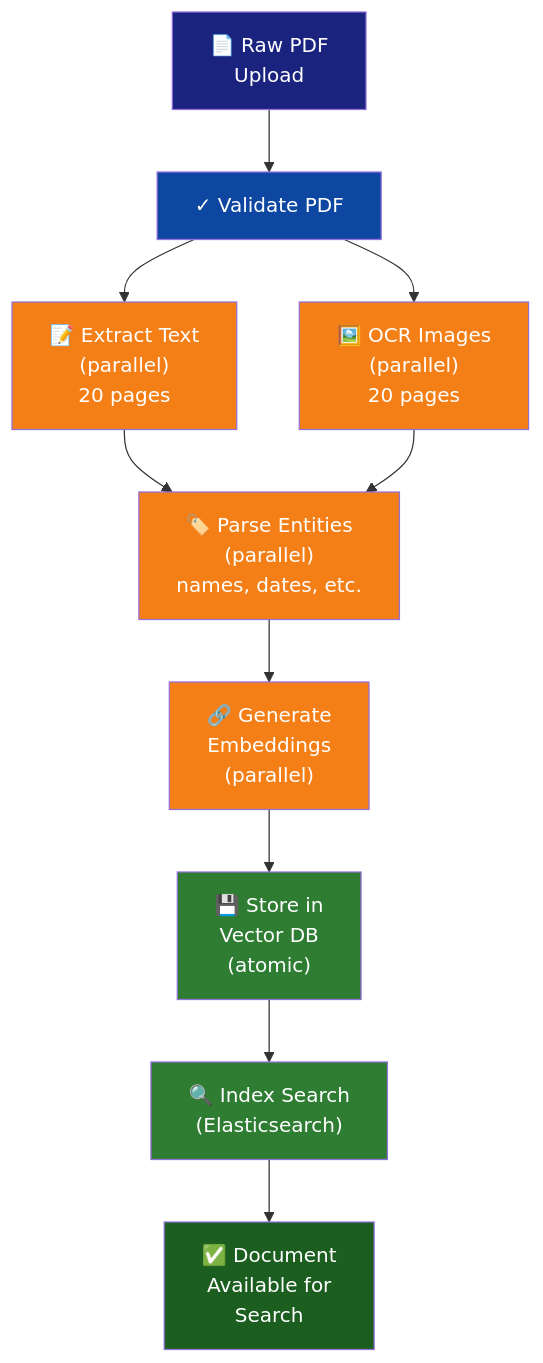
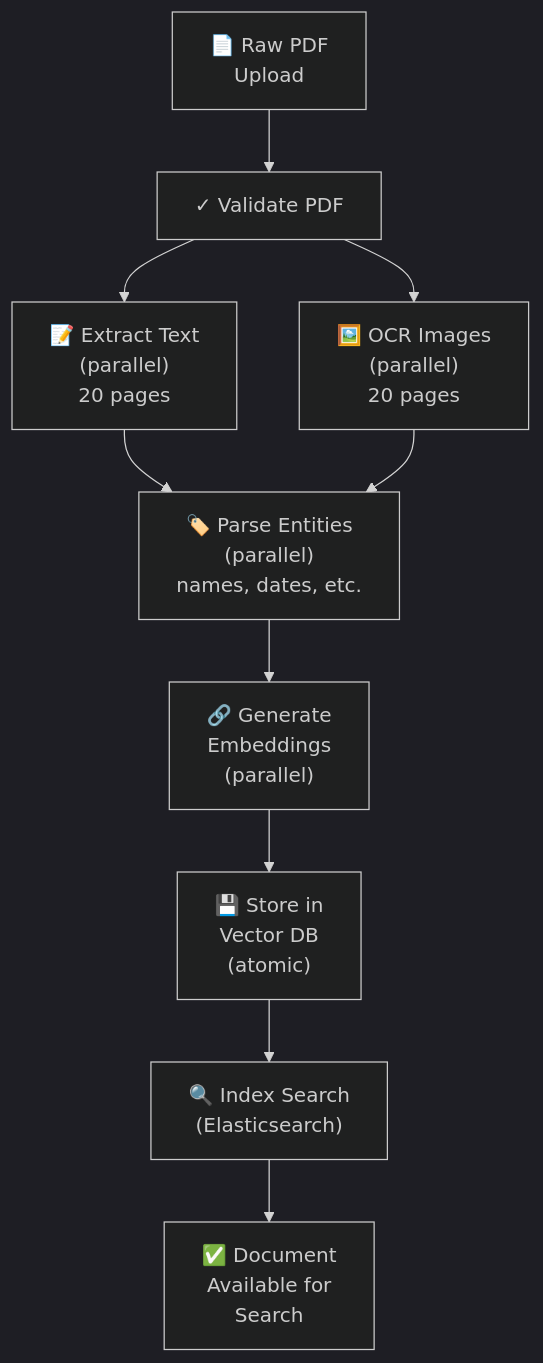
The eighth of 13 diagrams in README.md (Singularity-ng/singularity-workflows), drawn with Mermaid before and after one commit. The commit also changed other lines of this file, not shown here.

First line of the commit message:
Use Mermaid's built-in dark theme for all diagrams

````diff
--- a/README.md
+++ b/README.md
@@ -230,27 +185,18 @@
 ```mermaid
+%%{init: {'theme':'dark'}}%%
 graph TB
     A["📄 Raw PDF<br/>Upload"]
 
     A --> B["✓ Validate PDF"]
     B --> C["📝 Extract Text<br/>(parallel)<br/>20 pages"]
     B --> D["🖼️ OCR Images<br/>(parallel)<br/>20 pages"]
 
     C --> E["🏷️ Parse Entities<br/>(parallel)<br/>names, dates, etc."]
     D --> E
 
     E --> F["🔗 Generate<br/>Embeddings<br/>(parallel)"]
     F --> G["💾 Store in<br/>Vector DB<br/>(atomic)"]
     G --> H["🔍 Index Search<br/>(Elasticsearch)"]
 
     H --> I["✅ Document<br/>Available for<br/>Search"]
-
-    style A fill:#1a237e,color:#fff
-    style B fill:#0d47a1,color:#fff
-    style C fill:#f57f17,color:#fff
-    style D fill:#f57f17,color:#fff
-    style E fill:#f57f17,color:#fff
-    style F fill:#f57f17,color:#fff
-    style G fill:#2e7d32,color:#fff
-    style H fill:#2e7d32,color:#fff
-    style I fill:#1b5e20,color:#fff
 ```
````
